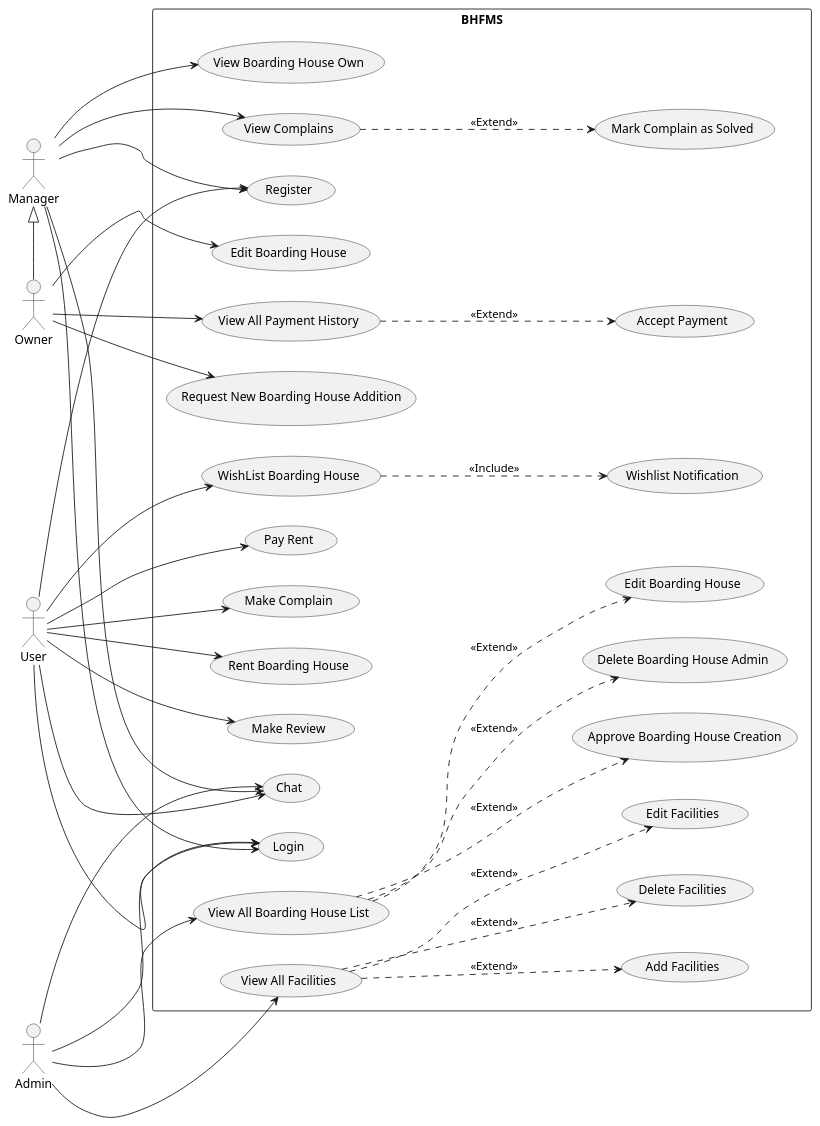
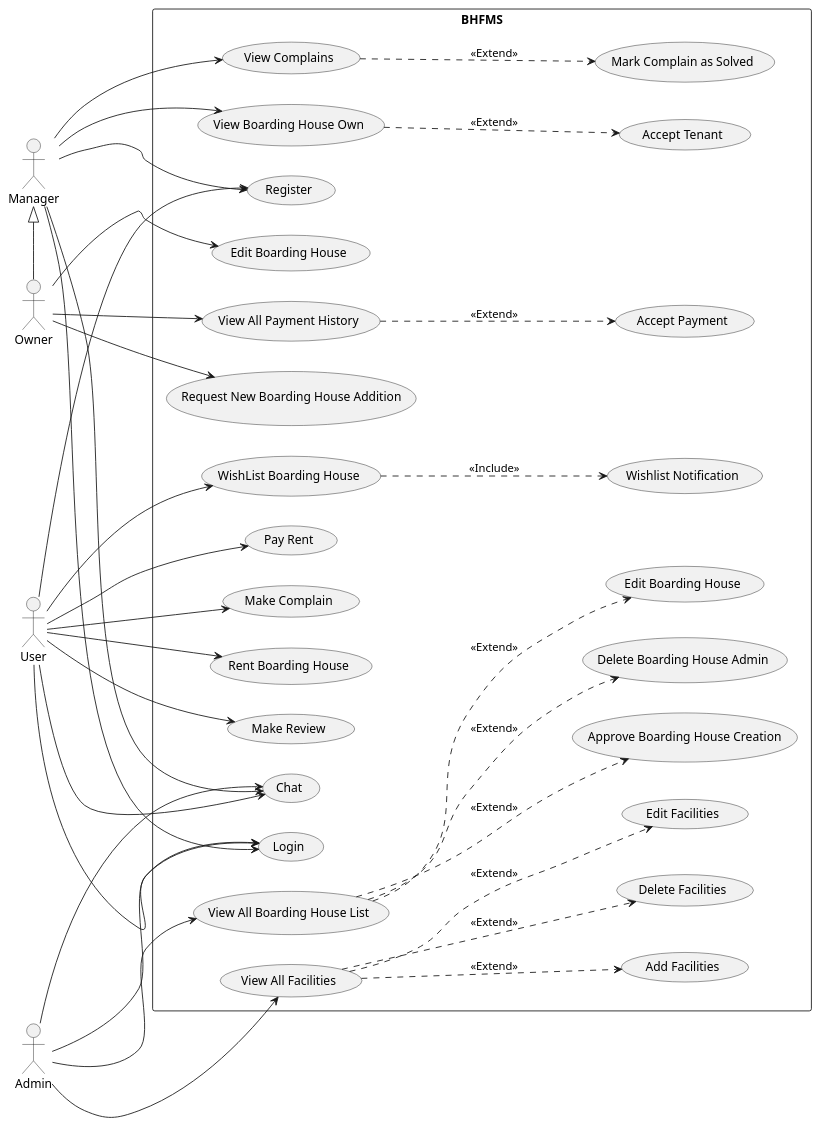
The diagram in Design/BHFMS_USE_Case.puml (AntWort21/BHFMS), drawn with PlantUML before and after one commit. The commit also changed 5 other files, not shown here.

First line of the commit message:
Add Activity Diagram & Update Use Case

```diff
--- a/Design/BHFMS_USE_Case.puml
+++ b/Design/BHFMS_USE_Case.puml
@@ -1,104 +1,108 @@
 @startuml
 left to right direction
 
 rectangle BHFMS {
     ' General'
     usecase (Chat) as cht
     usecase (Login) as lgn
     usecase (Register) as rgs
+
+    ' Manager'
+    usecase (View Complains) as view_cmpln
+    usecase (Mark Complain as Solved) as rply_cmpln
+    usecase (Accept Tenant) as accept_tenant
     usecase (View Boarding House Own) as view_bh
     
     ' Boarding House Owner'
     usecase (Request New Boarding House Addition) as req_bh
     usecase (Edit Boarding House) as edit_bh
-    usecase (View Complains) as view_cmpln
-    usecase (Mark Complain as Solved) as rply_cmpln
 
     ' User'
     usecase (Rent Boarding House) as rent_bh
     usecase (WishList Boarding House) as wish_bh
     usecase (Pay Rent) as rpymnt
     usecase (Make Complain) as cmpln
     usecase (Make Review) as rvw
     usecase (Wishlist Notification) as ntf_wl_bh
 
     ' Supervisor / Admin'
     usecase (View All Boarding House List) as show_bh_admin
     usecase (Rent Boarding House) as rent_bh
     usecase (Delete Boarding House Admin) as del_bh_admin
     usecase (Edit Boarding House) as edit_bh_admin
     usecase (Approve Boarding House Creation) as aprv_bh_admin
 
     'Penamaanny slh bikin bingung'
     usecase (View All Facilities) as show_fcl_admin 
     usecase (Delete Facilities) as del_fcl_admin
     usecase (Edit Facilities) as edit_fcl_admin
     usecase (Add Facilities) as aprv_fcl_admin
     usecase (View All Payment History) as view_payment
     usecase (Accept Payment) as accpt_payment
 }
 
 actor :Owner: as own
 actor :User: as user
 actor :Admin: as adm
 actor :Manager: as mngr
 
 'Use case blm ad activityny'
 own ---> view_payment
 view_payment ...> accpt_payment: <<Extend>>
 ' usecase (Delete Amenities) as del_amnt
 ' usecase (Edit Amenities) as edit_amnt
 
 ' user <|-down- Admin
 ' user <|-down-Manager
 ' Manager <-down-Owner
 
 
 ' adm <|-down- user
 ' adm <|-down- mngr
 
 mngr <|-right- own
 
 mngr ---> view_bh
 
 adm ---> lgn
 user ---> lgn
 mngr ---> lgn
 
 adm ---> cht
 user ---> cht
 mngr ---> cht
 
 user ---> rgs
 mngr ---> rgs
 
 adm ---> show_bh_admin
 adm ---> show_fcl_admin
 
 user ---> rpymnt
 user ---> rent_bh
 user ---> cmpln
 user ---> rvw
 user ---> wish_bh
 wish_bh ...> ntf_wl_bh: <<Include>>
 
 
 mngr ---> view_cmpln
 view_cmpln ...> rply_cmpln: <<Extend>>
 ' mngr ---> view_bh
 
 ' CRUD Boarding House
 ' view_bh ...> req_bh: <<Extend>>
 ' view_bh ...> edit_bh: <<Extend>>
 own ---> edit_bh
 own ---> req_bh
 
 show_bh_admin ...> del_bh_admin: <<Extend>>
 show_bh_admin ...> edit_bh_admin: <<Extend>>
 show_bh_admin ...> aprv_bh_admin: <<Extend>>
 
 show_fcl_admin ...> del_fcl_admin: <<Extend>>
 show_fcl_admin ...> edit_fcl_admin: <<Extend>>
 show_fcl_admin ...> aprv_fcl_admin: <<Extend>>
 
+view_bh ...>  accept_tenant: <<Extend>>
 @enduml
```
